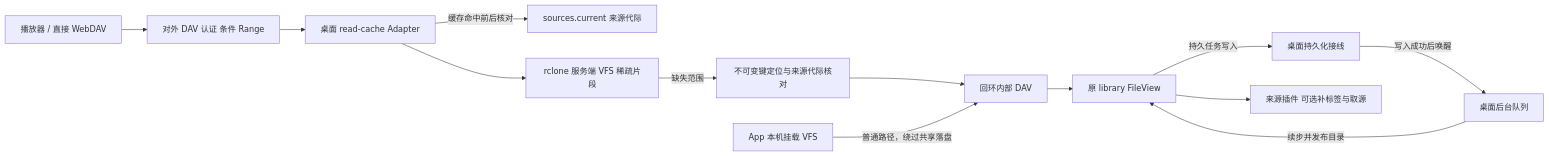
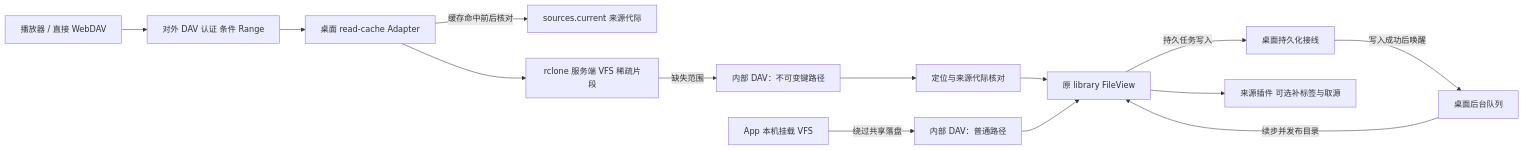
One commit to shengyusi-SYS/musicfs changed the first of 2 diagrams in docs/architecture/shared-read-cache.md. Above: the diagram before and after it, drawn with Mermaid. The commit also changed other lines of this file and 6 other files, not shown here.

````diff
--- a/docs/architecture/shared-read-cache.md
+++ b/docs/architecture/shared-read-cache.md
@@ -7,15 +7,16 @@
 ```mermaid
 flowchart LR
   Direct[播放器 / 直接 WebDAV] --> DAV[对外 DAV 认证 条件 Range]
   DAV --> Shared[桌面 read-cache Adapter]
   Shared -->|缓存命中前后核对| Current[sources.current 来源代际]
   Shared --> VFS[rclone 服务端 VFS 稀疏片段]
-  VFS -->|缺失范围| Key[不可变键定位与来源代际核对]
-  Key --> Private[回环内部 DAV]
-  App[App 本机挂载 VFS] -->|普通路径，绕过共享落盘| Private
-  Private --> Library[原 library FileView]
+  VFS -->|缺失范围| KeyDAV[内部 DAV：不可变键路径]
+  KeyDAV --> Key[定位与来源代际核对]
+  App[App 本机挂载 VFS] -->|绕过共享落盘| PathDAV[内部 DAV：普通路径]
+  Key --> Library[原 library FileView]
+  PathDAV --> Library
   Library -->|持久任务写入| Store[桌面持久化接线]
   Store -->|写入成功后唤醒| Runner[桌面后台队列]
   Runner -->|续步并发布目录| Library
   Library --> Plugin[来源插件 可选补标签与取源]
 ```
````
